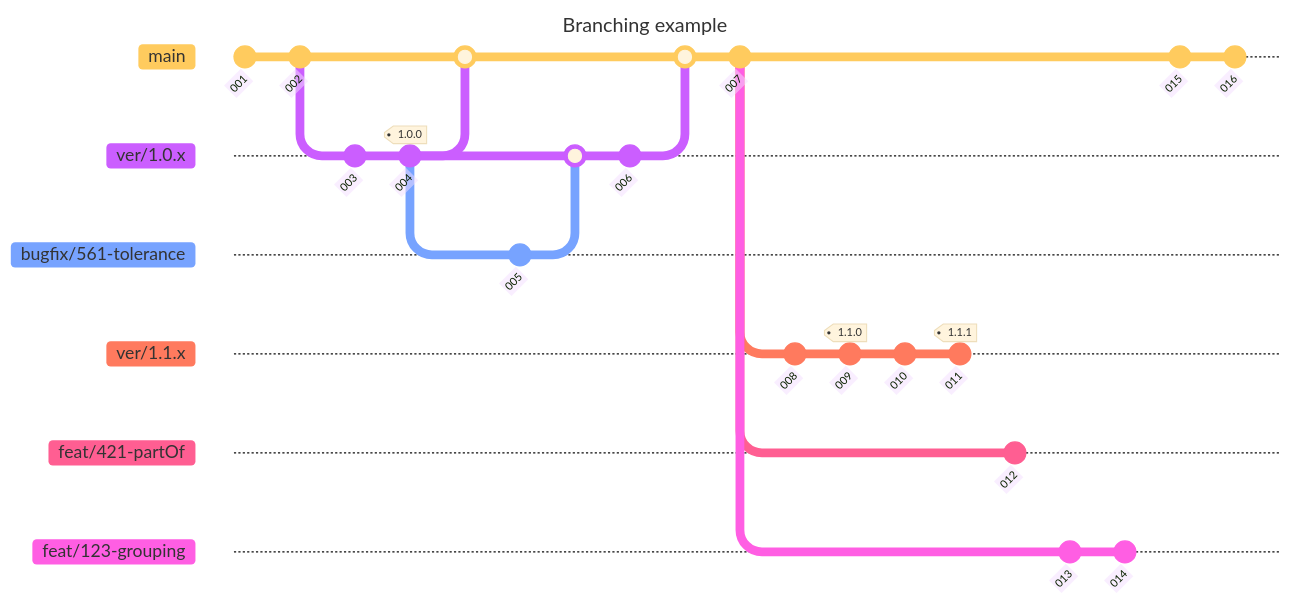
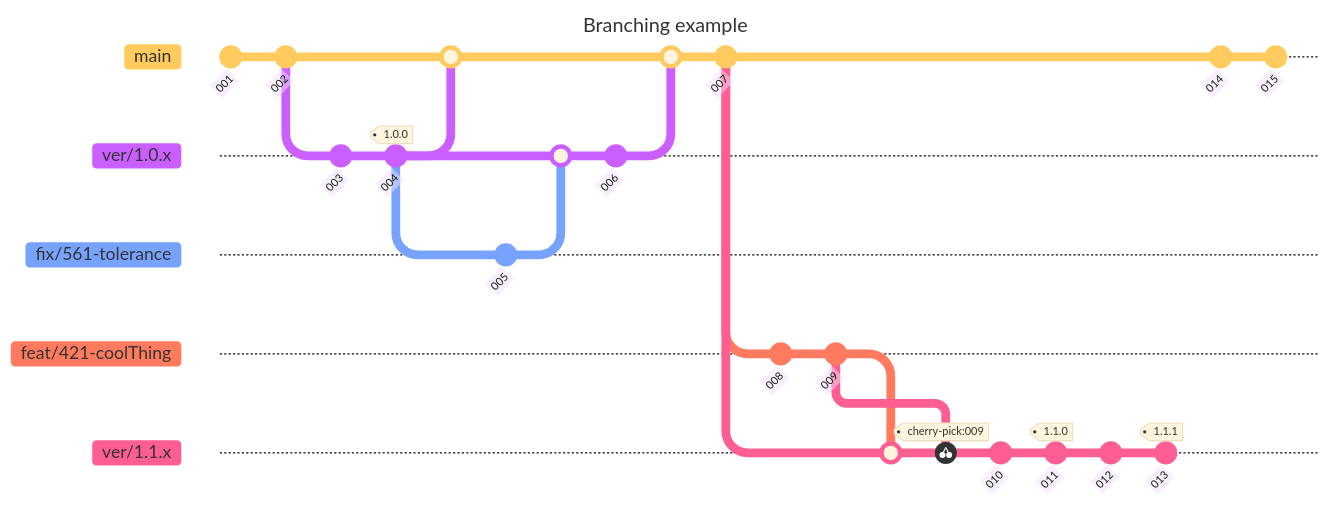
The diagram in .github/BRANCHING.md (buildingSMART/template), drawn with Mermaid before and after one commit.

````diff
--- a/.github/BRANCHING.md
+++ b/.github/BRANCHING.md
@@ -32,44 +32,43 @@
 ```mermaid
 ---
 title: Branching example
 config:
   theme: 'base'
 ---
 gitGraph
    commit id: "001"
    commit id: "002"
    branch ver/1.0.x
    checkout ver/1.0.x
    commit id: "003"
    commit id: "004" tag: "1.0.0"
    checkout main
    merge ver/1.0.x
    checkout ver/1.0.x
-   branch bugfix/561-tolerance
-   checkout bugfix/561-tolerance
+   branch fix/561-tolerance
+   checkout fix/561-tolerance
    commit id: "005"
    checkout ver/1.0.x
-   merge bugfix/561-tolerance
+   merge fix/561-tolerance
    commit id: "006"
    checkout main
    merge ver/1.0.x
    commit id: "007"
+   checkout main
+   branch feat/421-coolThing
+   checkout feat/421-coolThing
+   commit id: "008"
+   commit id: "009"
+   checkout main  
    branch ver/1.1.x 
+   merge feat/421-coolThing
    checkout ver/1.1.x 
-   commit id: "008"
-   commit id: "009" tag: "1.1.0"
+   cherry-pick id: "009"
    commit id: "010"
-   commit id: "011" tag: "1.1.1"
-   checkout main
-   branch feat/421-partOf
-   checkout feat/421-partOf
+   commit id: "011" tag: "1.1.0"
    commit id: "012"
-   checkout main
-   branch feat/123-grouping
-   checkout feat/123-grouping
-   commit id: "013"
+   commit id: "013" tag: "1.1.1"
+   checkout main  
    commit id: "014"
-   checkout main   
    commit id: "015"
-   commit id: "016"
 ```
````
